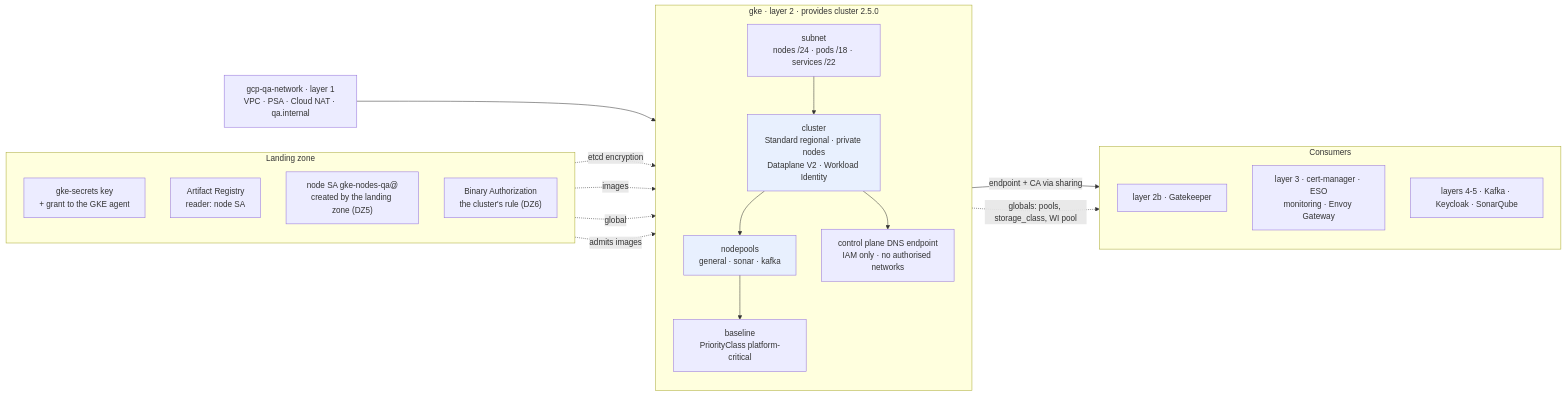
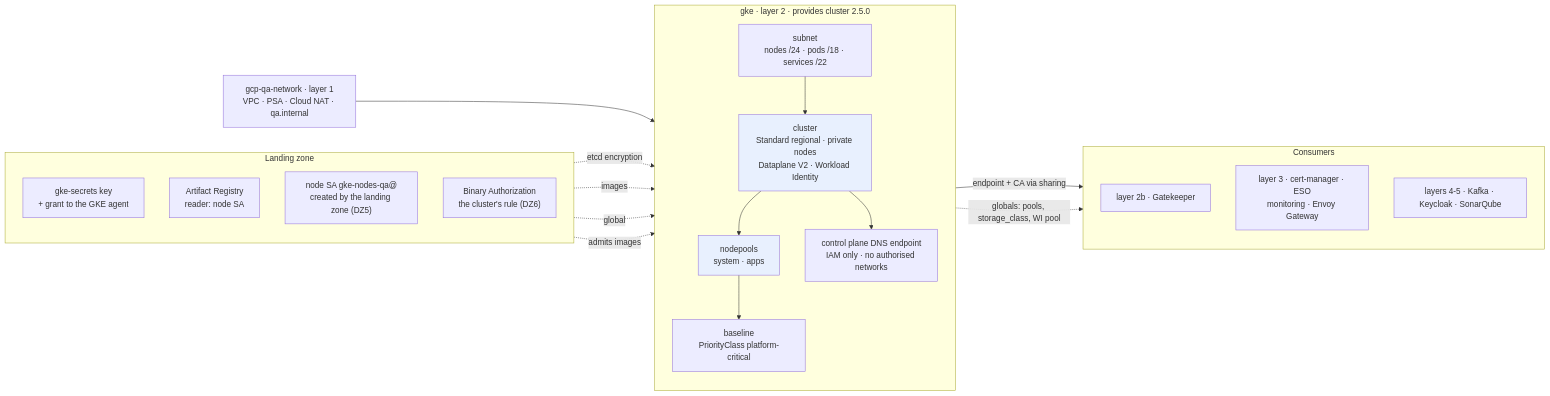
The diagram in docs/en/proposals/gke-qa/diagrams/01-contexto.mmd (aescanero/proposal_documents), drawn with Mermaid before and after one commit. The commit also changed 55 other files, not shown here.

First line of the commit message:
Two node pools per cluster: system and apps (es and en)

```diff
--- a/docs/en/proposals/gke-qa/diagrams/01-contexto.mmd
+++ b/docs/en/proposals/gke-qa/diagrams/01-contexto.mmd
@@ -1,35 +1,35 @@
 flowchart LR
     subgraph LZ["Landing zone"]
         direction TB
         KMS["gke-secrets key<br/>+ grant to the GKE agent"]
         AR["Artifact Registry<br/>reader: node SA"]
         SAN["node SA gke-nodes-qa@<br/>created by the landing zone (DZ5)"]
         BA["Binary Authorization<br/>the cluster's rule (DZ6)"]
     end
     NET["gcp-qa-network · layer 1<br/>VPC · PSA · Cloud NAT · qa.internal"]
     subgraph GKE["gke · layer 2 · provides cluster 2.5.0"]
         direction TB
         SUB["subnet<br/>nodes /24 · pods /18 · services /22"]
         CL["cluster<br/>Standard regional · private nodes<br/>Dataplane V2 · Workload Identity"]
-        NP["nodepools<br/>general · sonar · kafka"]
+        NP["nodepools<br/>system · apps"]
         ACC["control plane DNS endpoint<br/>IAM only · no authorised networks"]
         BL["baseline<br/>PriorityClass platform-critical"]
     end
     subgraph CONS["Consumers"]
         direction TB
         L2B["layer 2b · Gatekeeper"]
         L3["layer 3 · cert-manager · ESO<br/>monitoring · Envoy Gateway"]
         L45["layers 4-5 · Kafka · Keycloak · SonarQube"]
     end
     NET --> SUB --> CL
     CL --> NP --> BL
     CL --> ACC
     KMS -. "etcd encryption" .-> CL
     AR -. "images" .-> NP
     SAN -. "global" .-> CL
     BA -. "admits images" .-> CL
     CL -- "endpoint + CA via sharing" --> CONS
     NP -. "globals: pools, storage_class, WI pool" .-> CONS
 
     style CL fill:#e8f0fe
     style NP fill:#e8f0fe
```
